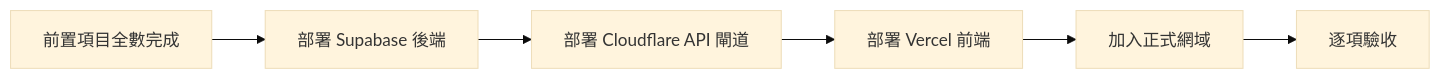
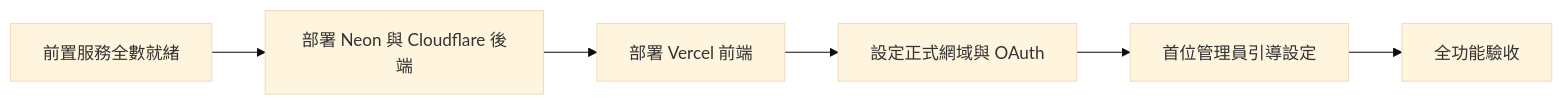
Before and after one commit to tavricccc/novae-website: the diagram in docs/deployment-guide.md, drawn with Mermaid (base theme). The commit also changed other lines of this file and 47 other files, not shown here.

Commit message:
Refactor UI design system documentation for clarity and consistency; update user guide for improved user flow; enhance build script documentation; add Neon database setup instructions in both Chinese and English.

````diff
--- a/docs/deployment-guide.md
+++ b/docs/deployment-guide.md
@@ -18,8 +16,8 @@
 ```mermaid
 flowchart LR
-  A[前置項目全數完成] --> B[部署 Supabase 後端]
-  B --> C[部署 Cloudflare API 閘道]
-  C --> D[部署 Vercel 前端]
-  D --> E[加入正式網域]
-  E --> F[逐項驗收]
+  A[前置服務全數就緒] --> B[部署 Neon 與 Cloudflare 後端]
+  B --> C[部署 Vercel 前端]
+  C --> D[設定正式網域與 OAuth]
+  D --> E[首位管理員引導設定]
+  E --> F[全功能驗收]
 ```
````
